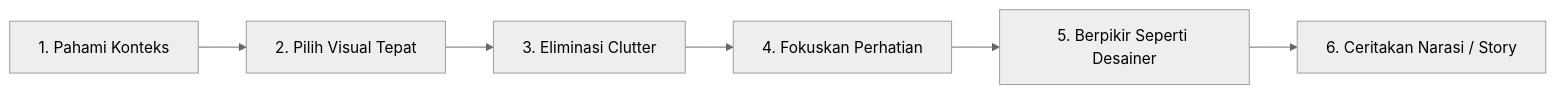
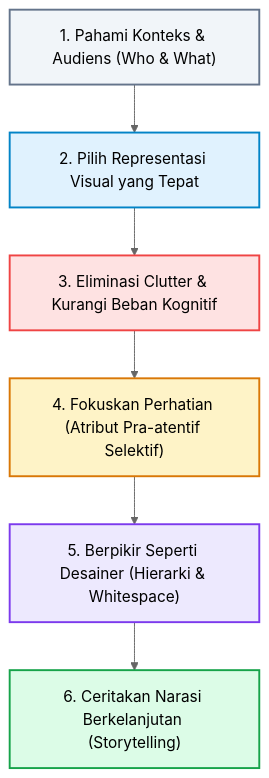
Before and after one commit to mahendaruui/Perkuliahan: the diagram in docs/visualisasi-data/14-data-storytelling.md, drawn with Mermaid (neutral theme). The commit also changed 7 other files, not shown here.

Commit message:
refactor: update visual assets and Mermaid diagrams with standardized styling and formatting across course documentation

````diff
--- a/docs/visualisasi-data/14-data-storytelling.md
+++ b/docs/visualisasi-data/14-data-storytelling.md
@@ -14,8 +14,15 @@
 ```mermaid
-graph LR
-    S1[1. Pahami Konteks] --> S2[2. Pilih Visual Tepat]
-    S2 --> S3[3. Eliminasi Clutter]
-    S3 --> S4[4. Fokuskan Perhatian]
-    S4 --> S5[5. Berpikir Seperti Desainer]
-    S5 --> S6[6. Ceritakan Narasi / Story]
+flowchart TD
+    S1["1. Pahami Konteks & Audiens (Who & What)"] --> S2["2. Pilih Representasi Visual yang Tepat"]
+    S2 --> S3["3. Eliminasi Clutter & Kurangi Beban Kognitif"]
+    S3 --> S4["4. Fokuskan Perhatian (Atribut Pra-atentif Selektif)"]
+    S4 --> S5["5. Berpikir Seperti Desainer (Hierarki & Whitespace)"]
+    S5 --> S6["6. Ceritakan Narasi Berkelanjutan (Storytelling)"]
+
+    style S1 fill:#f1f5f9,stroke:#64748b,stroke-width:2px
+    style S2 fill:#e0f2fe,stroke:#0284c7,stroke-width:2px
+    style S3 fill:#fee2e2,stroke:#ef4444,stroke-width:2px
+    style S4 fill:#fef3c7,stroke:#d97706,stroke-width:2px
+    style S5 fill:#ede9fe,stroke:#7c3aed,stroke-width:2px
+    style S6 fill:#dcfce7,stroke:#16a34a,stroke-width:2px
 ```
````
